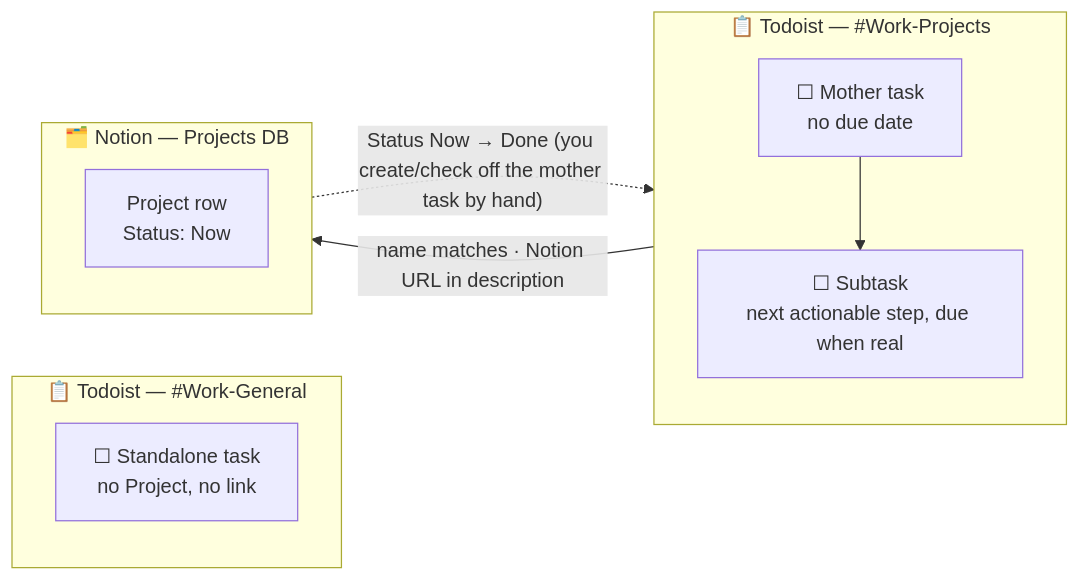
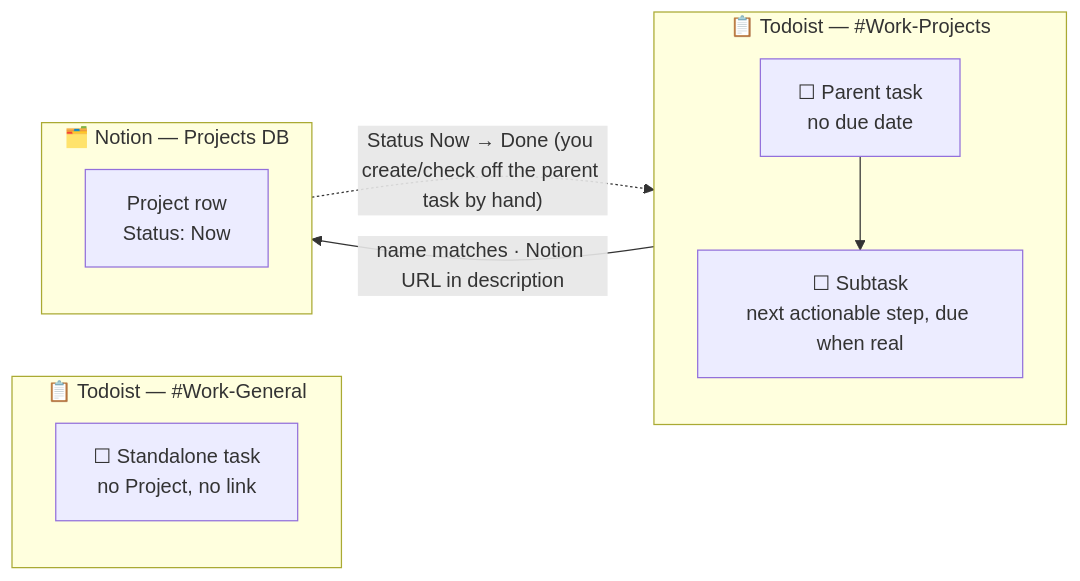
One commit to dcop7/tips_and_guides changed the third of 11 diagrams in workflow/personal_productivity_system.md. Above: the diagram before and after it, drawn with Mermaid. The commit also changed other lines of this file, not shown here.

````diff
--- a/workflow/personal_productivity_system.md
+++ b/workflow/personal_productivity_system.md
@@ -154,18 +154,18 @@
 ```mermaid
 flowchart LR
     subgraph WorkGeneral["📋 Todoist — #Work-General"]
         Standalone["☐ Standalone task<br/>no Project, no link"]
     end
     subgraph WorkProjects["📋 Todoist — #Work-Projects"]
         direction TB
-        Mother["☐ Mother task<br/>no due date"]
+        Parent["☐ Parent task<br/>no due date"]
         Sub["☐ Subtask<br/>next actionable step, due when real"]
-        Mother --> Sub
+        Parent --> Sub
     end
     subgraph NotionDB["🗂️ Notion — Projects DB"]
         direction TB
         Row["Project row<br/>Status: Now"]
     end
-    Mother -->|"name matches · Notion URL in description"| Row
-    Row -.->|"Status Now → Done (you create/check off the mother task by hand)"| Mother
+    Parent -->|"name matches · Notion URL in description"| Row
+    Row -.->|"Status Now → Done (you create/check off the parent task by hand)"| Parent
 ```
````
